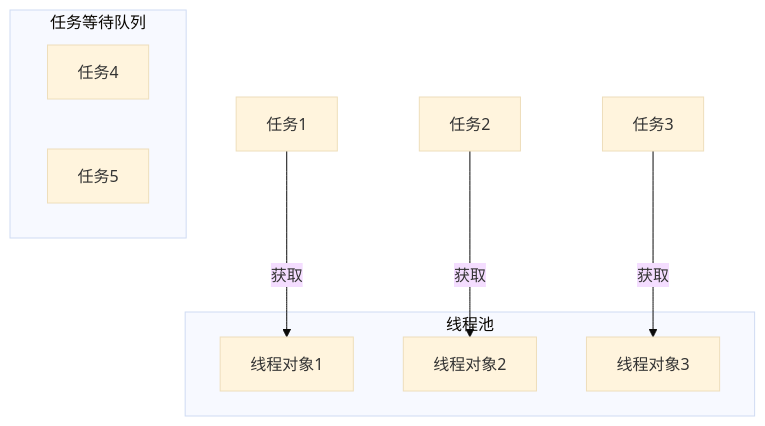
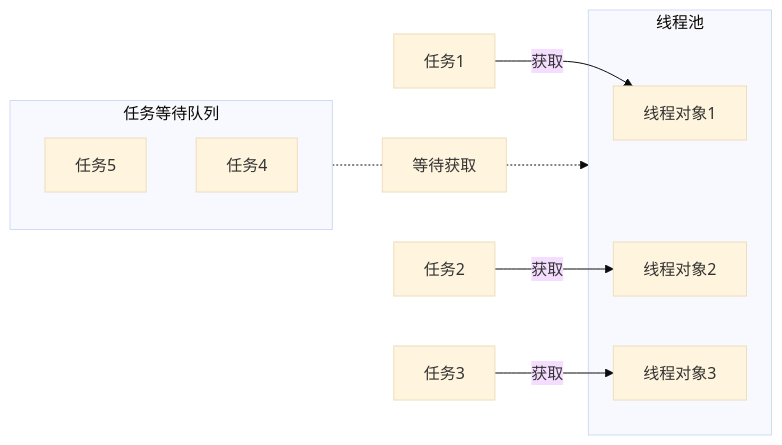
The diagram in 计算机/编程语言/Java/6 并发编程.md (poppop9/obsidian), drawn with Mermaid (base theme) before and after one commit. The commit also changed 5 other files, not shown here.

````diff
--- a/计算机/编程语言/Java/6 并发编程.md
+++ b/计算机/编程语言/Java/6 并发编程.md
@@ -11,17 +11,19 @@
 ```mermaid
-graph TD;
+graph LR;
 	subgraph 线程池
 		a[线程对象1]
 		b[线程对象2]
 		c[线程对象3]
 	end
 
 	d[任务1]--获取-->a
 	e[任务2]--获取-->b
 	f[任务3]--获取-->c
 
 	subgraph 任务等待队列
+		h[任务5]
 		g[任务4]
-		h[任务5]
 	end
+
+	任务等待队列-.-等待获取-.->线程池
 ```
````
